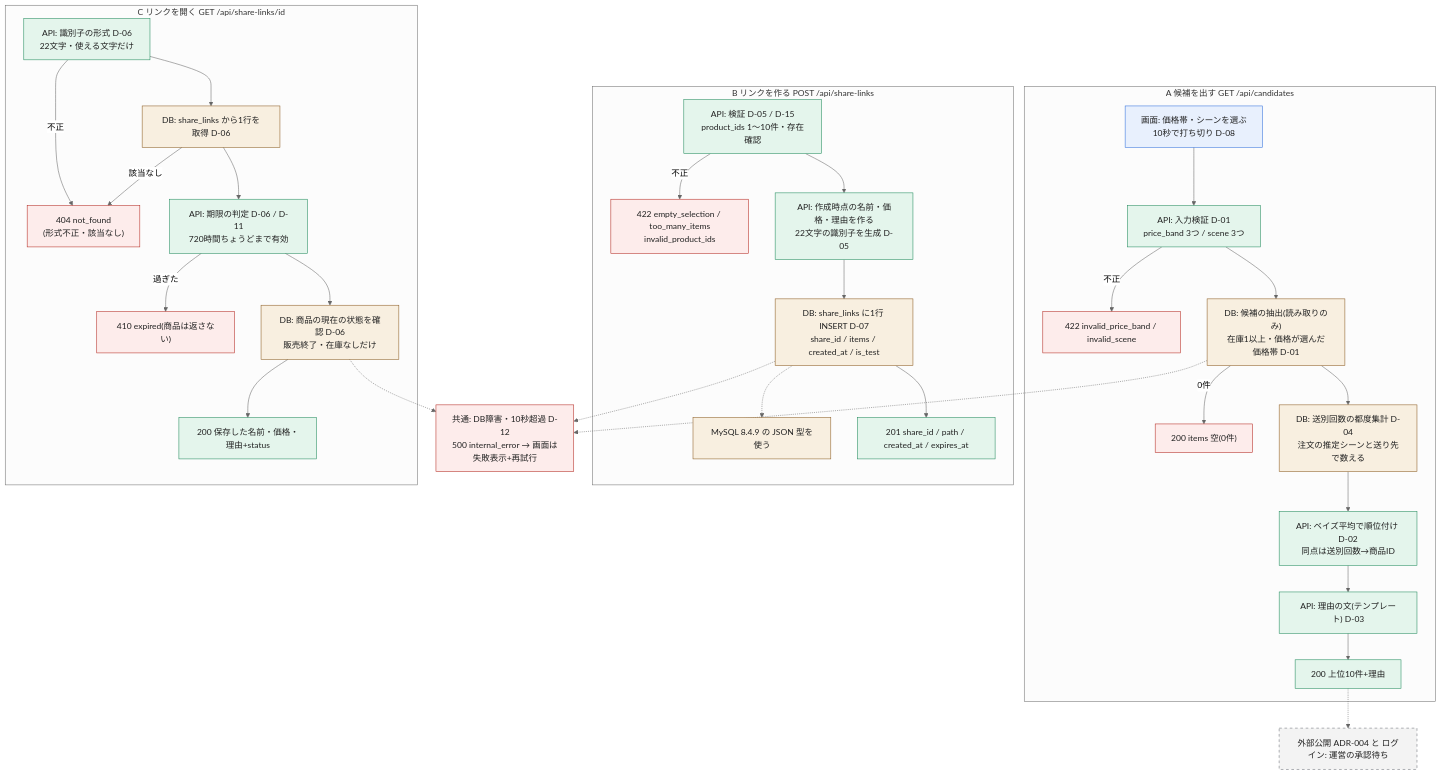
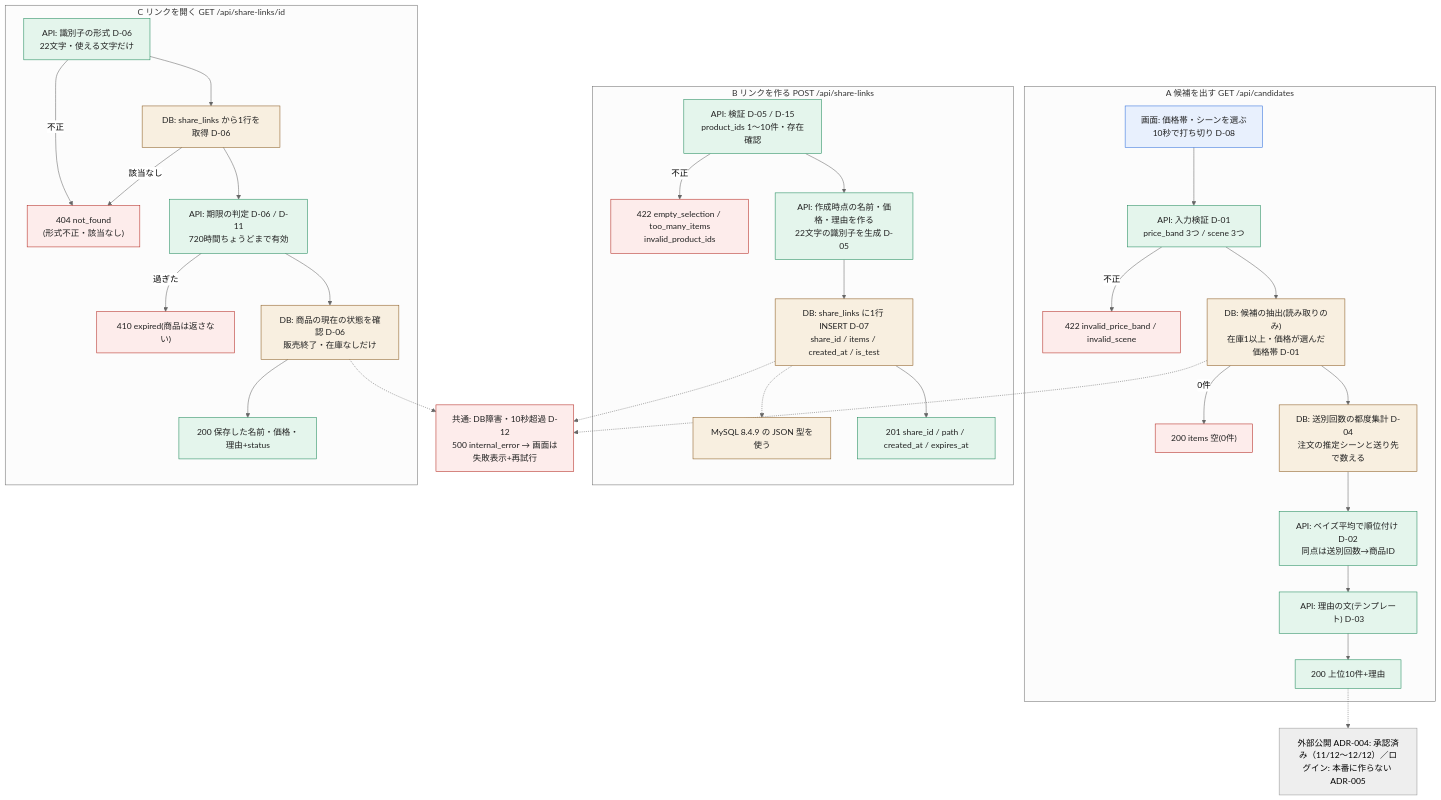
The second of 3 diagrams in 02_プロジェクト/giftia-ui-renewal/仕様.md (Team18-RaizenYomiMukuro-Tech0/model_team18_tech0), drawn with Mermaid (neutral theme) before and after one commit. The commit also changed other lines of this file and 28 other files, not shown here.

````diff
--- a/02_プロジェクト/giftia-ui-renewal/仕様.md
+++ b/02_プロジェクト/giftia-ui-renewal/仕様.md
@@ -130,60 +130,60 @@
 ```mermaid
 flowchart TB
   classDef ui fill:#e8f0fd,stroke:#2f6fdb,color:#222
   classDef api fill:#e4f5ec,stroke:#1f8a5b,color:#222
   classDef db fill:#f8efe0,stroke:#8a5a1f,color:#222
   classDef err fill:#fdeceb,stroke:#b3261e,color:#222
   classDef pend stroke-dasharray: 5 5,stroke:#6b6f76,fill:#f3f3f3,color:#222
 
   subgraph A["A 候補を出す GET /api/candidates"]
     A1["画面: 価格帯・シーンを選ぶ<br/>10秒で打ち切り D-08"]:::ui
     A2["API: 入力検証 D-01<br/>price_band 3つ / scene 3つ"]:::api
     A2e["422 invalid_price_band / invalid_scene"]:::err
     A3["DB: 候補の抽出(読み取りのみ)<br/>在庫1以上・価格が選んだ価格帯 D-01"]:::db
     A3z["200 items 空(0件)"]:::err
     A4["DB: 送別回数の都度集計 D-04<br/>注文の推定シーンと送り先で数える"]:::db
     A5["API: ベイズ平均で順位付け D-02<br/>同点は送別回数→商品ID"]:::api
     A6["API: 理由の文(テンプレート) D-03"]:::api
     A7["200 上位10件+理由"]:::api
     A1 --> A2
     A2 -- 不正 --> A2e
     A2 --> A3
     A3 -- 0件 --> A3z
     A3 --> A4 --> A5 --> A6 --> A7
   end
 
   subgraph B["B リンクを作る POST /api/share-links"]
     B1["API: 検証 D-05 / D-15<br/>product_ids 1〜10件・存在確認"]:::api
     B1e["422 empty_selection / too_many_items<br/>invalid_product_ids"]:::err
     B2["API: 作成時点の名前・価格・理由を作る<br/>22文字の識別子を生成 D-05"]:::api
     B3["DB: share_links に1行 INSERT D-07<br/>share_id / items / created_at / is_test"]:::db
     B3p["MySQL 8.4.9 の JSON 型を使う"]:::db
     B4["201 share_id / path / created_at / expires_at"]:::api
     B1 -- 不正 --> B1e
     B1 --> B2 --> B3 --> B4
     B3 -.-> B3p
   end
 
   subgraph C["C リンクを開く GET /api/share-links/id"]
     C0["API: 識別子の形式 D-06<br/>22文字・使える文字だけ"]:::api
     C1["DB: share_links から1行を取得 D-06"]:::db
     C1e["404 not_found<br/>(形式不正・該当なし)"]:::err
     C2["API: 期限の判定 D-06 / D-11<br/>720時間ちょうどまで有効"]:::api
     C2e["410 expired(商品は返さない)"]:::err
     C3["DB: 商品の現在の状態を確認 D-06<br/>販売終了・在庫なしだけ"]:::db
     C4["200 保存した名前・価格・理由+status"]:::api
     C0 -- 不正 --> C1e
     C0 --> C1
     C1 -- 該当なし --> C1e
     C1 --> C2
     C2 -- 過ぎた --> C2e
     C2 --> C3 --> C4
   end
 
   ERR["共通: DB障害・10秒超過 D-12<br/>500 internal_error → 画面は失敗表示+再試行"]:::err
-  PEND["外部公開 ADR-004 と ログイン: 運営の承認待ち"]:::pend
+  PEND["外部公開 ADR-004: 承認済み（11/12〜12/12）／ログイン: 本番に作らない ADR-005"]
   A3 -.-> ERR
   B3 -.-> ERR
   C3 -.-> ERR
   A7 -.-> PEND
 ```
````
